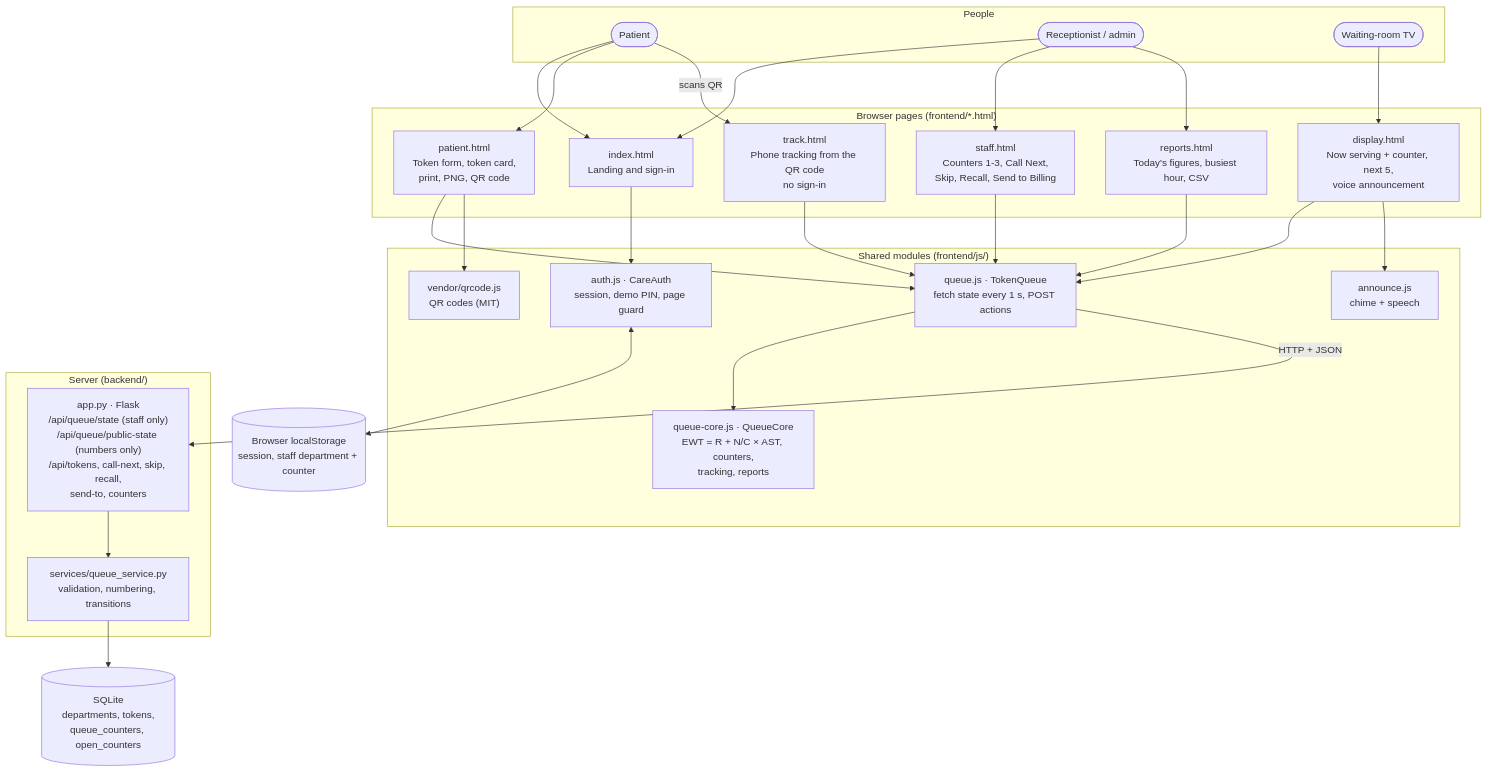
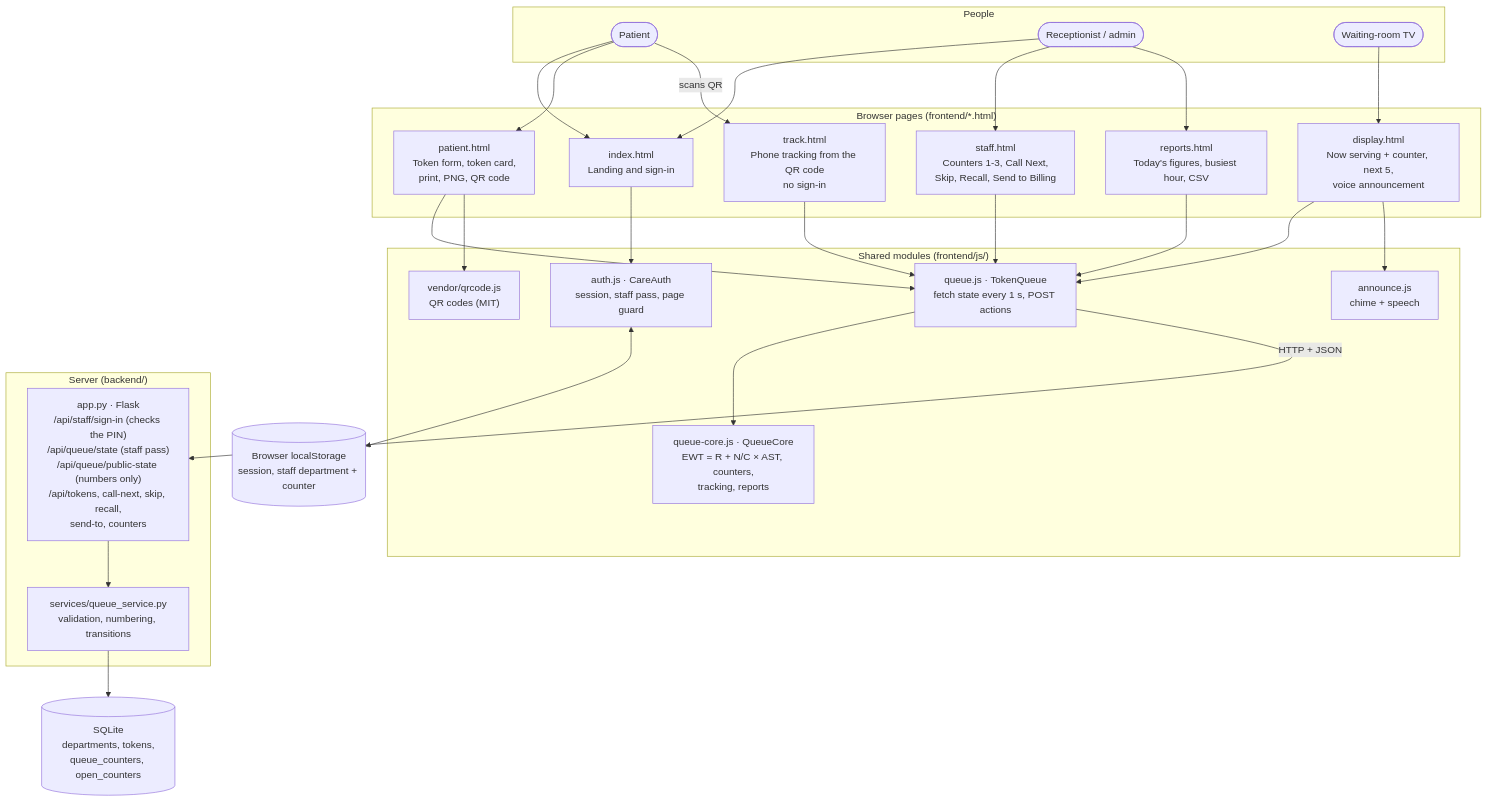
The first of 2 diagrams in docs/architecture/README.md (AshikAR-sys/CareQueue), drawn with Mermaid before and after one commit. The commit also changed other lines of this file and 14 other files, not shown here.

First line of the commit message:
Check the staff PIN on the server and require a staff pass (QA fix 3)

````diff
--- a/docs/architecture/README.md
+++ b/docs/architecture/README.md
@@ -14,54 +14,54 @@
 ```mermaid
 flowchart TB
   subgraph People
     P([Patient])
     R([Receptionist / admin])
     TV([Waiting-room TV])
   end
 
   subgraph Pages["Browser pages (frontend/*.html)"]
     IDX["index.html<br/>Landing and sign-in"]
     PAT["patient.html<br/>Token form, token card,<br/>print, PNG, QR code"]
     TRK["track.html<br/>Phone tracking from the QR code<br/>no sign-in"]
     STF["staff.html<br/>Counters 1-3, Call Next,<br/>Skip, Recall, Send to Billing"]
     REP["reports.html<br/>Today's figures, busiest hour, CSV"]
     DSP["display.html<br/>Now serving + counter, next 5,<br/>voice announcement"]
   end
 
   subgraph Modules["Shared modules (frontend/js/)"]
     Q["queue.js · TokenQueue<br/>fetch state every 1 s, POST actions"]
     CORE["queue-core.js · QueueCore<br/>EWT = R + N/C × AST, counters,<br/>tracking, reports"]
-    AUTH["auth.js · CareAuth<br/>session, demo PIN, page guard"]
+    AUTH["auth.js · CareAuth<br/>session, staff pass, page guard"]
     ANN["announce.js<br/>chime + speech"]
     QR["vendor/qrcode.js<br/>QR codes (MIT)"]
   end
 
   subgraph Server["Server (backend/)"]
-    API["app.py · Flask<br/>/api/queue/state (staff only)<br/>/api/queue/public-state (numbers only)<br/>/api/tokens, call-next, skip, recall,<br/>send-to, counters"]
+    API["app.py · Flask<br/>/api/staff/sign-in (checks the PIN)<br/>/api/queue/state (staff pass)<br/>/api/queue/public-state (numbers only)<br/>/api/tokens, call-next, skip, recall,<br/>send-to, counters"]
     SVC["services/queue_service.py<br/>validation, numbering, transitions"]
   end
 
   DB[("SQLite<br/>departments, tokens,<br/>queue_counters, open_counters")]
   LS[("Browser localStorage<br/>session, staff department + counter")]
 
   P --> IDX
   P --> PAT
   P -- scans QR --> TRK
   R --> IDX
   R --> STF
   R --> REP
   TV --> DSP
   PAT --> Q
   TRK --> Q
   STF --> Q
   REP --> Q
   DSP --> Q
   DSP --> ANN
   PAT --> QR
   Q --> CORE
   IDX --> AUTH
   AUTH <--> LS
   Q -- HTTP + JSON --> API
   API --> SVC
   SVC --> DB
 ```
````
